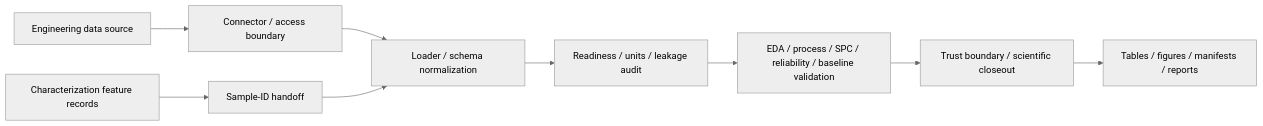
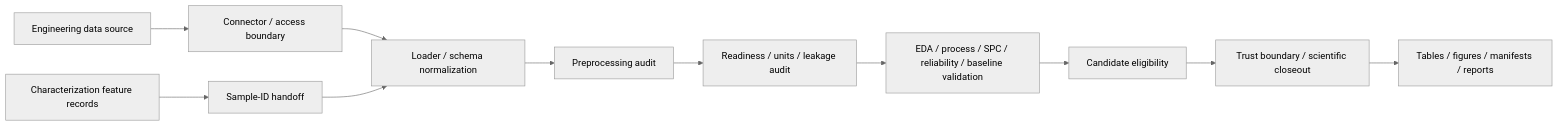
The diagram in README.md (jhin0410-lgtm/materials-data-analyzer), drawn with Mermaid (neutral theme) before and after one commit. The commit also changed other lines of this file, not shown here.

````diff
--- a/README.md
+++ b/README.md
@@ -47,11 +264,13 @@
 ```mermaid
 flowchart LR
     source["Engineering data source"] --> connector["Connector / access boundary"]
     connector --> loader["Loader / schema normalization"]
     characterization["Characterization feature records"] --> handoff["Sample-ID handoff"]
     handoff --> loader
-    loader --> readiness["Readiness / units / leakage audit"]
+    loader --> preprocessing["Preprocessing audit"]
+    preprocessing --> readiness["Readiness / units / leakage audit"]
     readiness --> analysis["EDA / process / SPC / reliability / baseline validation"]
-    analysis --> trust["Trust boundary / scientific closeout"]
+    analysis --> eligibility["Candidate eligibility"]
+    eligibility --> trust["Trust boundary / scientific closeout"]
     trust --> artifacts["Tables / figures / manifests / reports"]
 ```
````
